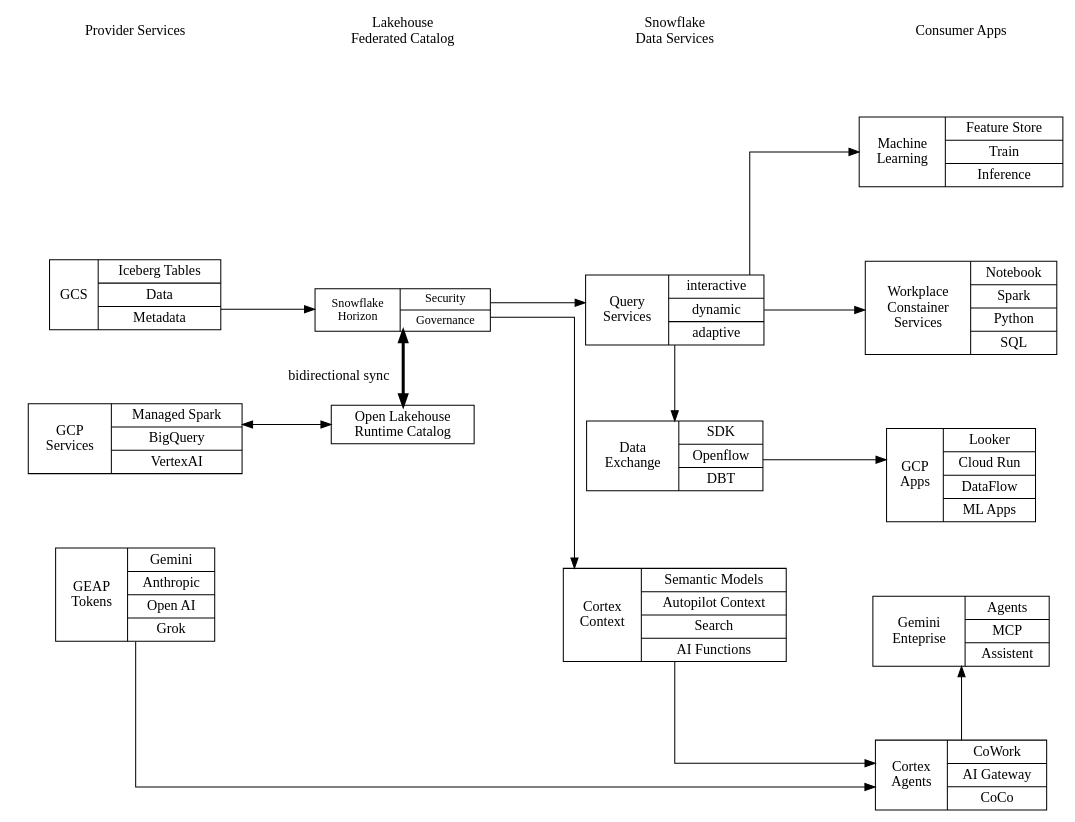
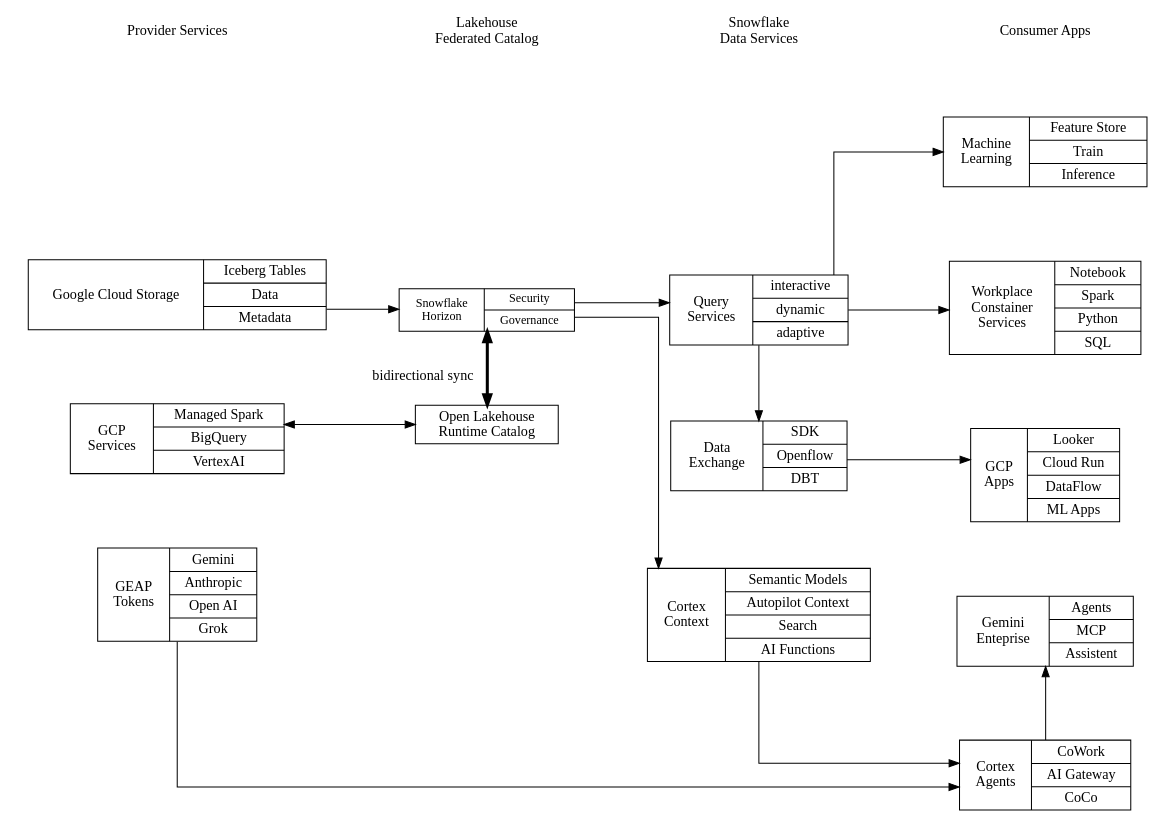
One commit to sfc-gh-akhosro/shabnam changed the diagram in research-lab/example-2.dot. Above: the diagram before and after it, drawn with Graphviz. The commit also changed 34 other files, not shown here.

```diff
--- a/research-lab/example-2.dot
+++ b/research-lab/example-2.dot
@@ -1,117 +1,117 @@
 digraph snowflake_gcp_integration {
     rankdir=LR
     splines=ortho;
     nodesep=1
     ranksep=1
     concentrate=true;
 
     
     {
         // GCP Services
         
         node [fillcolor="#ddffdd"]
         
         runtime
         bq
         geap
         ge
         gcs
         gcp
 
     }
 
 
     subgraph {
         node[shape=none height=0]
         "Provider Services" -> "Lakehouse \n Federated Catalog" -> "Snowflake \n Data Services" -> "Consumer Apps" [style=invis]
     }
     
     
     subgraph cluster_a {
         style=invis
         
         geap bq gcs
         rank=same;
     }
     
     subgraph cluster_b {
         style=invis
 
         runtime horizon
         rank=same;
     }
 
     subgraph {
         engine connectors analyst
         
         rank=same;
     }
     
     subgraph {
         spcs gcp ge agents ml
         rank=same
     }
     
 
 
-    gcs [shape=record label="{GCS | {Iceberg Tables | Data | Metadata}}"]
+    gcs [shape=record label="{Google Cloud Storage | {Iceberg Tables | Data | Metadata}}"]
     ge  [shape=record label="Gemini Enterprise | {Agents}"  ]
     bq [shape=record label="{GCP \n Services | {Managed Spark | BigQuery | VertexAI}}"]
     runtime [shape=record label="Open Lakehouse \n Runtime Catalog "]
 
     geap [shape=record label="{GEAP \n Tokens | {Gemini | Anthropic | Open AI | Grok}}"]
 
     horizon [shape=record label="{Snowflake \n Horizon | {Security | Governance}}" fontsize=12]
     engine [shape=record label="{Query \n Services | {interactive | dynamic | adaptive}}"]
     
     
     analyst [shape=record label="{Cortex \n Context | {Semantic Models | Autopilot Context | Search | AI Functions }}"]
     agents   [shape=record label="{Cortex \n Agents | {CoWork | AI Gateway | CoCo}}"]
     spcs [shape=record label="{Workplace \n Constainer \n Services | {Notebook | Spark | Python | SQL}}"]
     connectors [shape=record label="{Data \n Exchange | { SDK | Openflow | DBT}}"]
     
     gcp[shape=record label="{GCP \n Apps | {Looker | Cloud Run | DataFlow | ML Apps }}"]
     ge [shape=record label="{Gemini \n Enteprise | {Agents | MCP | Assistent}}"]
     
     ml [shape=record label="{Machine \n Learning | {Feature Store | Train | Inference}}"]
     
     connectors -> gcp
 
     gcs -> {horizon} 
 
     bq -> runtime [dir=both]
     
     horizon -> runtime [dir=both xlabel="bidirectional sync"  constraint=false penwidth=3]
     
     horizon -> engine [weight=100]
 
     engine -> spcs 
     engine -> ml
     engine -> connectors
     
     horizon -> analyst
     analyst -> agents 
     agents -> ge [weight=0]
     
     // horizon -> agents
 
     geap -> agents [weight=0]
     
     
     
     
     
 
 
     subgraph luster_consumer {
         label = "GCP Consumer Services"
         
         ge
         spcs
         agents
     }
     
 
 
 
 }
```
